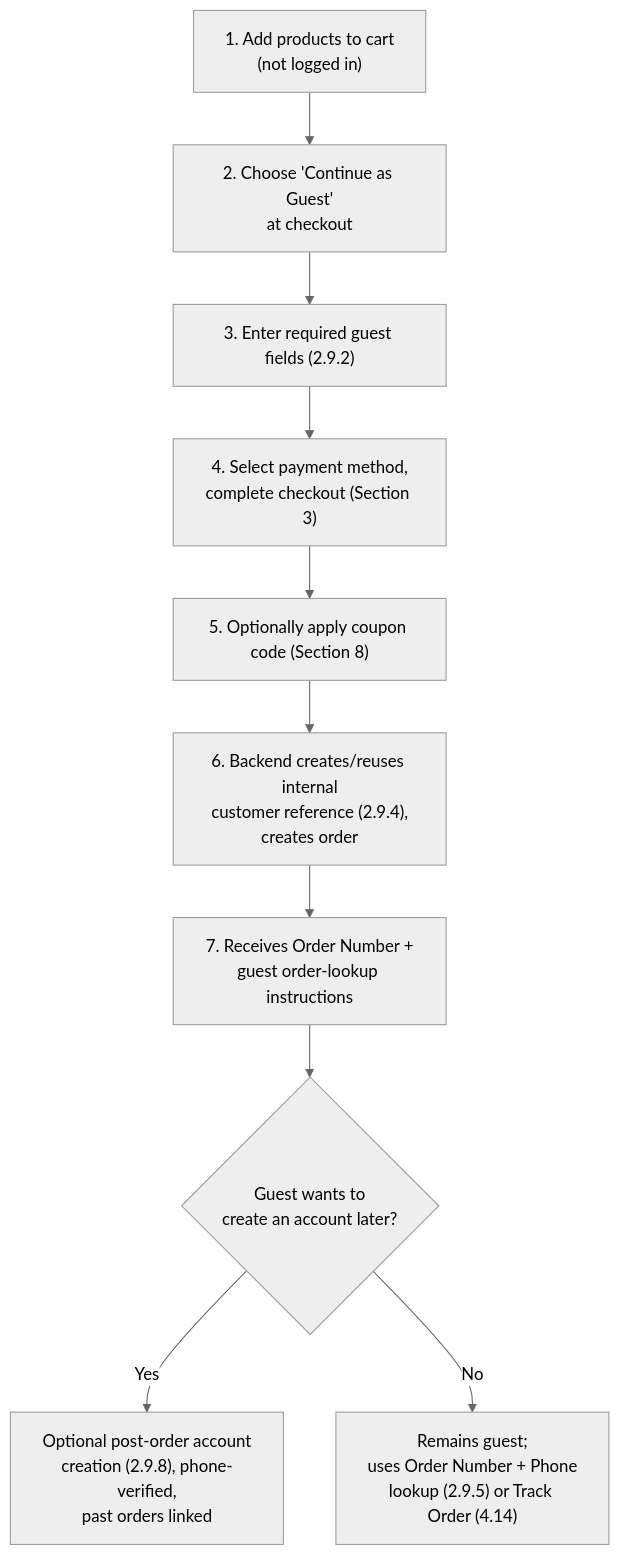
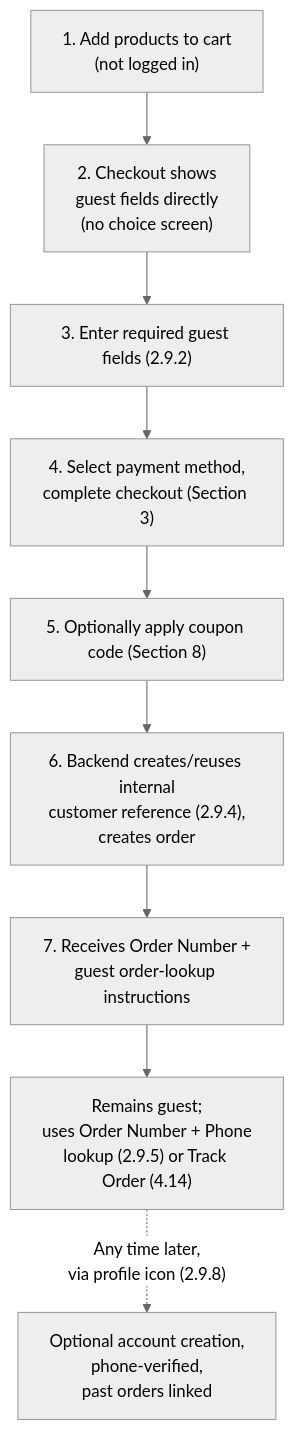
Before and after one commit to chinmoy567/E-comarce-cloathing-web-site-for-shankar-Narayanganj: the third of 4 diagrams in .claude/project requirment documents/02-customer.md, drawn with Mermaid (neutral theme). The commit also changed other lines of this file and 2 other files, not shown here.

First line of the commit message:
Add security hardening spec and remove forced checkout account gate

````diff
--- a/.claude/project requirment documents/02-customer.md
+++ b/.claude/project requirment documents/02-customer.md
@@ -251,12 +250,11 @@
 ```mermaid
 flowchart TD
-    A["1. Add products to cart<br/>(not logged in)"] --> B["2. Choose 'Continue as Guest'<br/>at checkout"]
+    A["1. Add products to cart<br/>(not logged in)"] --> B["2. Checkout shows<br/>guest fields directly<br/>(no choice screen)"]
     B --> C["3. Enter required guest fields (2.9.2)"]
     C --> D["4. Select payment method,<br/>complete checkout (Section 3)"]
     D --> E["5. Optionally apply coupon code (Section 8)"]
     E --> F["6. Backend creates/reuses internal<br/>customer reference (2.9.4),<br/>creates order"]
     F --> G["7. Receives Order Number +<br/>guest order-lookup instructions"]
-    G --> H{"Guest wants to<br/>create an account later?"}
-    H -->|"Yes"| I["Optional post-order account<br/>creation (2.9.8), phone-verified,<br/>past orders linked"]
-    H -->|"No"| J["Remains guest;<br/>uses Order Number + Phone<br/>lookup (2.9.5) or Track Order (4.14)"]
+    G --> H["Remains guest;<br/>uses Order Number + Phone<br/>lookup (2.9.5) or Track Order (4.14)"]
+    H -.->|"Any time later,<br/>via profile icon (2.9.8)"| I["Optional account creation,<br/>phone-verified,<br/>past orders linked"]
 ```
````
